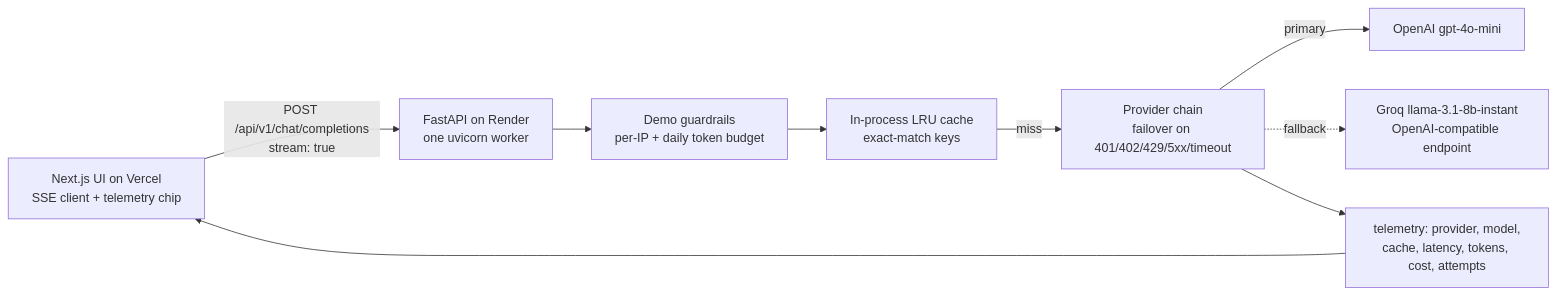
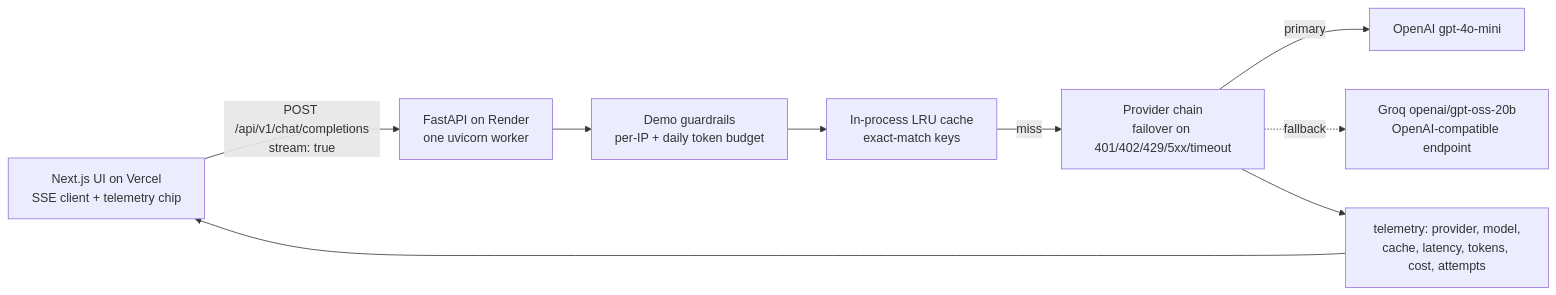
Before and after one commit to cbratkovics/chatbot-ai-system: the first of 2 diagrams in docs/architecture/ARCHITECTURE.md, drawn with Mermaid. The commit also changed 17 other files, not shown here.

````diff
--- a/docs/architecture/ARCHITECTURE.md
+++ b/docs/architecture/ARCHITECTURE.md
@@ -15,11 +15,11 @@
 ```mermaid
 flowchart LR
     UI[Next.js UI on Vercel<br/>SSE client + telemetry chip] -->|POST /api/v1/chat/completions<br/>stream: true| API[FastAPI on Render<br/>one uvicorn worker]
     API --> GUARD[Demo guardrails<br/>per-IP + daily token budget]
     GUARD --> CACHE[In-process LRU cache<br/>exact-match keys]
     CACHE -->|miss| CHAIN[Provider chain<br/>failover on 401/402/429/5xx/timeout]
     CHAIN -->|primary| OAI[OpenAI gpt-4o-mini]
-    CHAIN -.->|fallback| GROQ[Groq llama-3.1-8b-instant<br/>OpenAI-compatible endpoint]
+    CHAIN -.->|fallback| GROQ[Groq openai/gpt-oss-20b<br/>OpenAI-compatible endpoint]
     CHAIN --> TEL[telemetry: provider, model,<br/>cache, latency, tokens, cost, attempts]
     TEL --> UI
 ```
````
